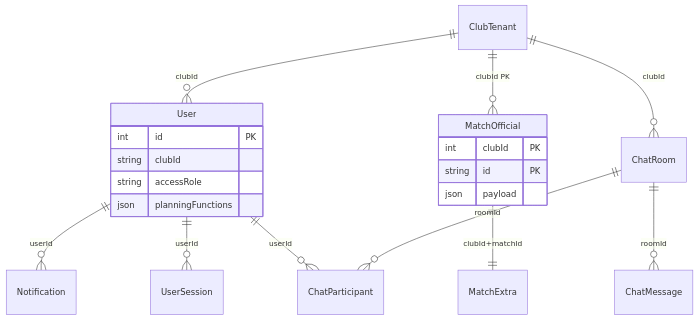
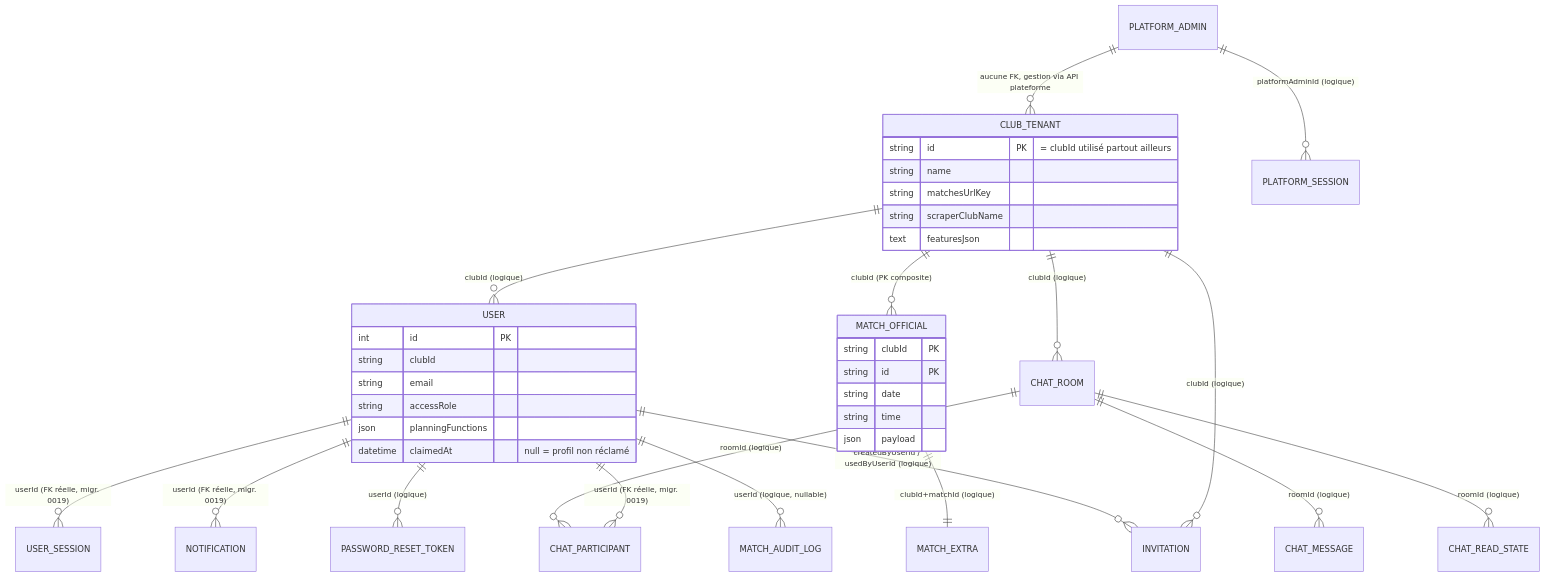
One commit to brahmiamine/afp-planning changed the second of 7 diagrams in audits/00-global-cartography.md. Above: the diagram before and after it, drawn with Mermaid. The commit also changed other lines of this file, not shown here.

First line of the commit message:
docs(audits): approfondir l'audit 00 (cartographie globale)

````diff
--- a/audits/00-global-cartography.md
+++ b/audits/00-global-cartography.md
@@ -198,23 +402,46 @@
 ```mermaid
 erDiagram
-  ClubTenant ||--o{ User : "clubId"
-  ClubTenant ||--o{ MatchOfficial : "clubId PK"
-  ClubTenant ||--o{ ChatRoom : "clubId"
-  User ||--o{ Notification : "userId"
-  User ||--o{ UserSession : "userId"
-  User ||--o{ ChatParticipant : "userId"
-  ChatRoom ||--o{ ChatMessage : "roomId"
-  ChatRoom ||--o{ ChatParticipant : "roomId"
-  MatchOfficial ||--|| MatchExtra : "clubId+matchId"
-  MatchOfficial {
-    int clubId PK
+  CLUB_TENANT ||--o{ USER : "clubId (logique)"
+  CLUB_TENANT ||--o{ MATCH_OFFICIAL : "clubId (PK composite)"
+  CLUB_TENANT ||--o{ CHAT_ROOM : "clubId (logique)"
+  CLUB_TENANT ||--o{ INVITATION : "clubId (logique)"
+
+  USER ||--o{ USER_SESSION : "userId (FK réelle, migr. 0019)"
+  USER ||--o{ NOTIFICATION : "userId (FK réelle, migr. 0019)"
+  USER ||--o{ CHAT_PARTICIPANT : "userId (FK réelle, migr. 0019)"
+  USER ||--o{ PASSWORD_RESET_TOKEN : "userId (logique)"
+  USER ||--o{ INVITATION : "createdByUserId / usedByUserId (logique)"
+  USER ||--o{ MATCH_AUDIT_LOG : "userId (logique, nullable)"
+
+  CHAT_ROOM ||--o{ CHAT_MESSAGE : "roomId (logique)"
+  CHAT_ROOM ||--o{ CHAT_PARTICIPANT : "roomId (logique)"
+  CHAT_ROOM ||--o{ CHAT_READ_STATE : "roomId (logique)"
+
+  MATCH_OFFICIAL ||--|| MATCH_EXTRA : "clubId+matchId (logique)"
+
+  PLATFORM_ADMIN ||--o{ PLATFORM_SESSION : "platformAdminId (logique)"
+  PLATFORM_ADMIN ||--o{ CLUB_TENANT : "aucune FK, gestion via API plateforme"
+
+  MATCH_OFFICIAL {
+    string clubId PK
     string id PK
+    string date
+    string time
     json payload
   }
-  User {
+  USER {
     int id PK
     string clubId
+    string email
     string accessRole
     json planningFunctions
+    datetime claimedAt "null = profil non réclamé"
+  }
+  CLUB_TENANT {
+    string id PK "= clubId utilisé partout ailleurs"
+    string name
+    string matchesUrlKey
+    string scraperClubName
+    text featuresJson
   }
 ```
````
